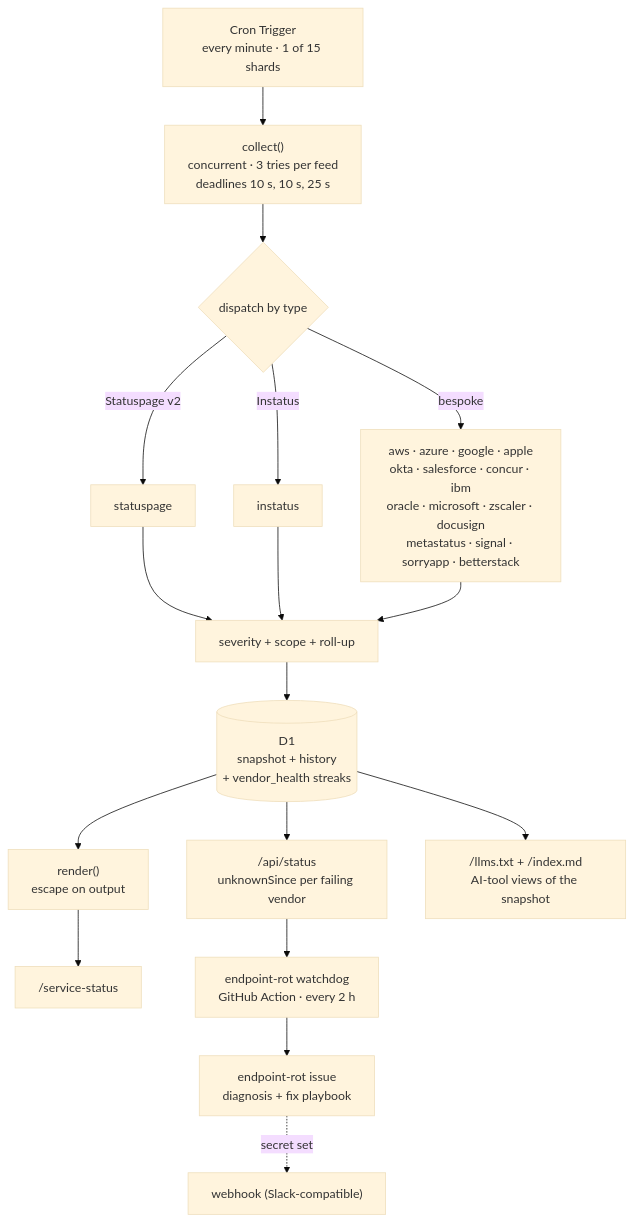
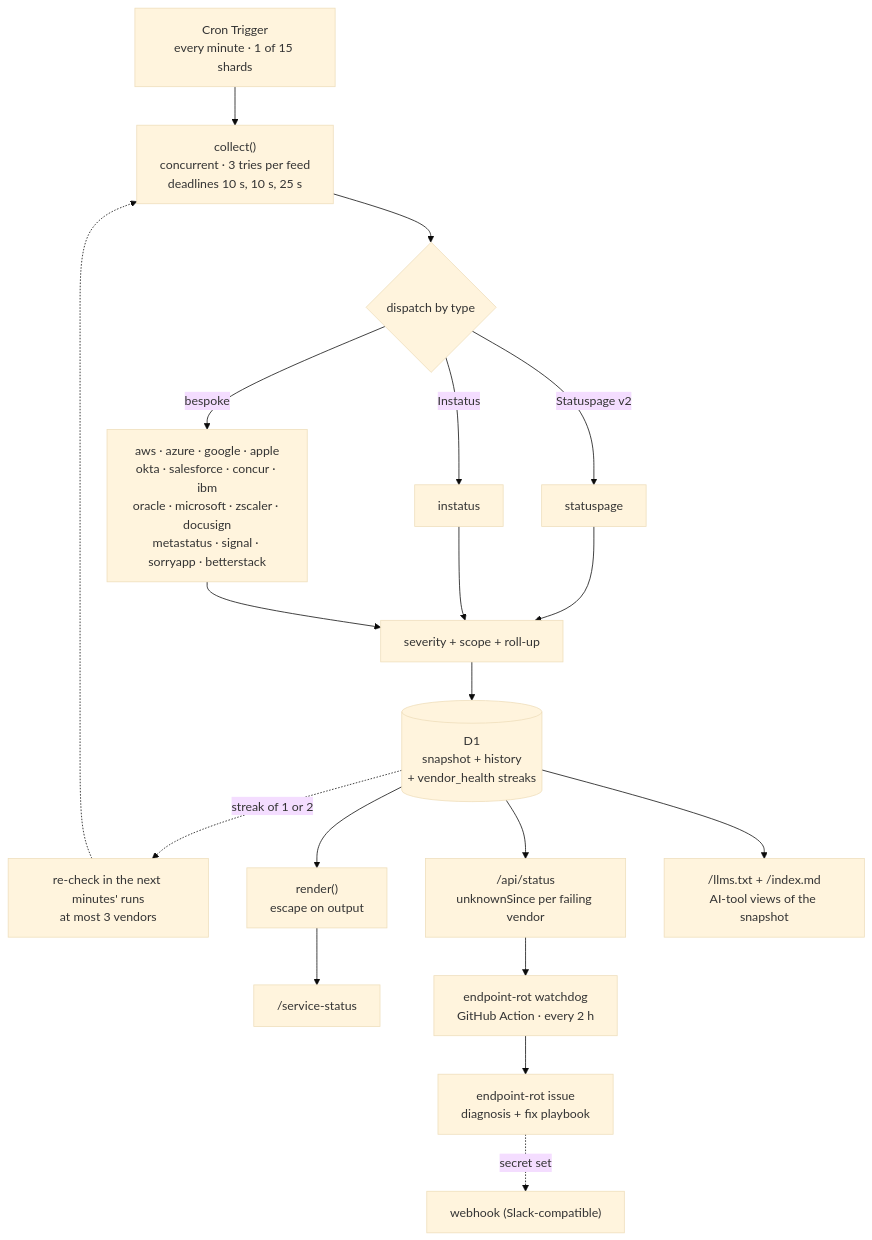
One commit to bjgreenberg/vendor-dashboard changed the first of 4 diagrams in README.md. Above: the diagram before and after it, drawn with Mermaid (base theme). The commit also changed other lines of this file and 5 other files, not shown here.

````diff
--- a/README.md
+++ b/README.md
@@ -82,19 +82,21 @@
 ```mermaid
 flowchart TB
     cron["Cron Trigger<br/>every minute · 1 of 15 shards"] --> collect["collect()<br/>concurrent · 3 tries per feed<br/>deadlines 10 s, 10 s, 25 s"]
     collect --> adapters{"dispatch by type"}
     adapters -->|"Statuspage v2"| a1["statuspage"]
     adapters -->|"Instatus"| a2["instatus"]
     adapters -->|"bespoke"| a3["aws · azure · google · apple<br/>okta · salesforce · concur · ibm<br/>oracle · microsoft · zscaler · docusign<br/>metastatus · signal · sorryapp · betterstack"]
     a1 --> norm["severity + scope + roll-up"]
     a2 --> norm
     a3 --> norm
     norm --> d1[("D1<br/>snapshot + history<br/>+ vendor_health streaks")]
+    d1 -.->|"streak of 1 or 2"| again["re-check in the next minutes' runs<br/>at most 3 vendors"]
+    again -.-> collect
     d1 --> render["render()<br/>escape on output"]
     render --> page["/service-status"]
     d1 --> api["/api/status<br/>unknownSince per failing vendor"]
     d1 --> ai["/llms.txt + /index.md<br/>AI-tool views of the snapshot"]
     api --> wd["endpoint-rot watchdog<br/>GitHub Action · every 2 h"]
     wd --> issue["endpoint-rot issue<br/>diagnosis + fix playbook"]
     issue -.->|"secret set"| slack["webhook (Slack-compatible)"]
 ```
````
